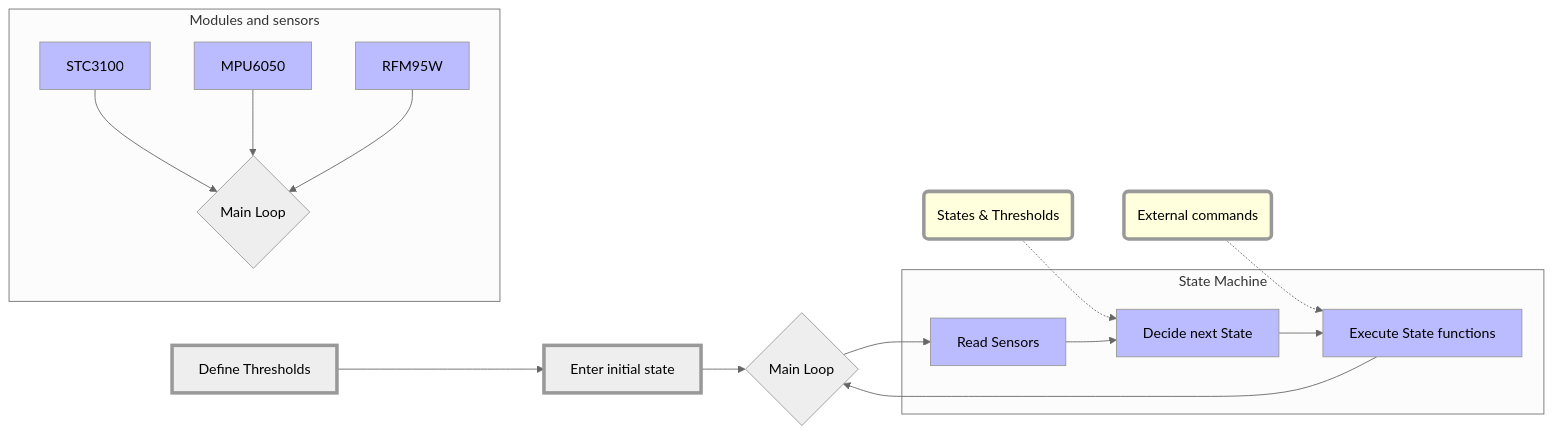
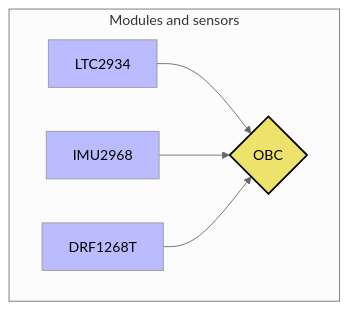
Before and after one commit to marius-ne/AQUIS: the first of 2 diagrams in README.md, drawn with Mermaid (neutral theme). The commit also changed other lines of this file, not shown here.

````diff
--- a/README.md
+++ b/README.md
@@ -13,43 +13,18 @@
 ```mermaid
 
-flowchart LR
+flowchart TD
 
-Node1[Define Thresholds] --> Node2[Enter initial state]
-Node2 --> Node3{Main Loop}
 
-style Node1 stroke-width:4px
-style Node2 stroke-width:4px
-style Node3 color:#000
-
-Node10(States & Thresholds) -.-> Node5
-Node11(External commands) -.-> Node6
-
-style Node10 stroke-width:4px, fill:#ffd
-style Node11 stroke-width:4px, fill:#ffd
-
-Node6[Execute State functions] --> Node3
-Node3 --> Node4[Read Sensors]
-
-subgraph "State Machine"
-  
-  Node4 --> Node5[Decide next State] 
-  style Node5 fill:#bbf
-  style Node4 fill:#bbf
-  style Node6 fill:#bbf
-  Node5 --> Node6
-
-end
+style Node1 fill:#ede26b,stroke-width:2px,stroke:#000000
 
 subgraph "Modules and sensors"
   
-  Node20[STC3100] --> Node30{Main Loop}
-  Node100[MPU6050] --> Node30
-  Node40[RFM95W] --> Node30
+  Node20[LTC2934] --> Node1{OBC}
+  Node100[IMU2968] --> Node1
+  Node40[DRF1268T] --> Node1
   style Node20 fill:#bbf
   style Node100 fill:#bbf
   style Node40 fill:#bbf
 
 end
-  
-
 ```
````
